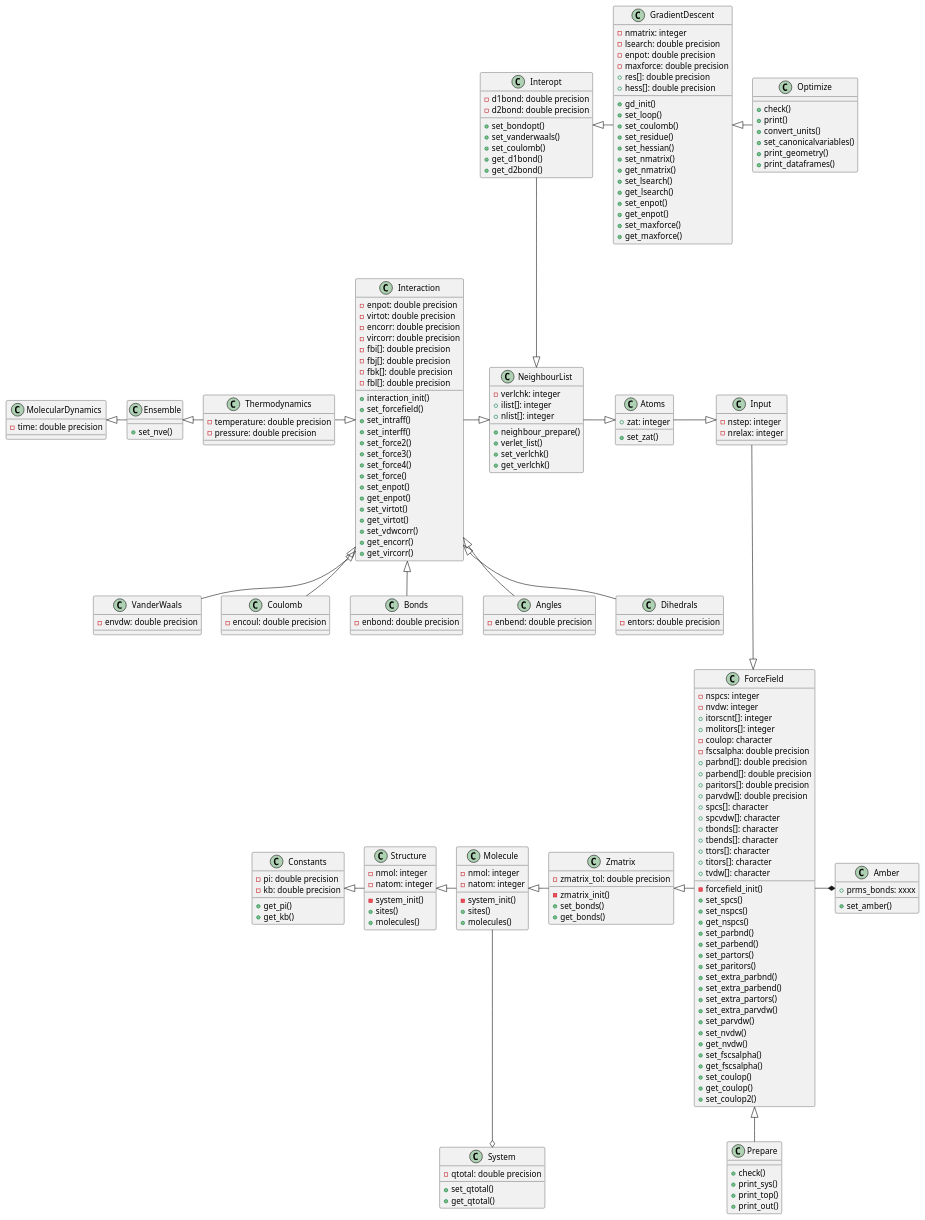
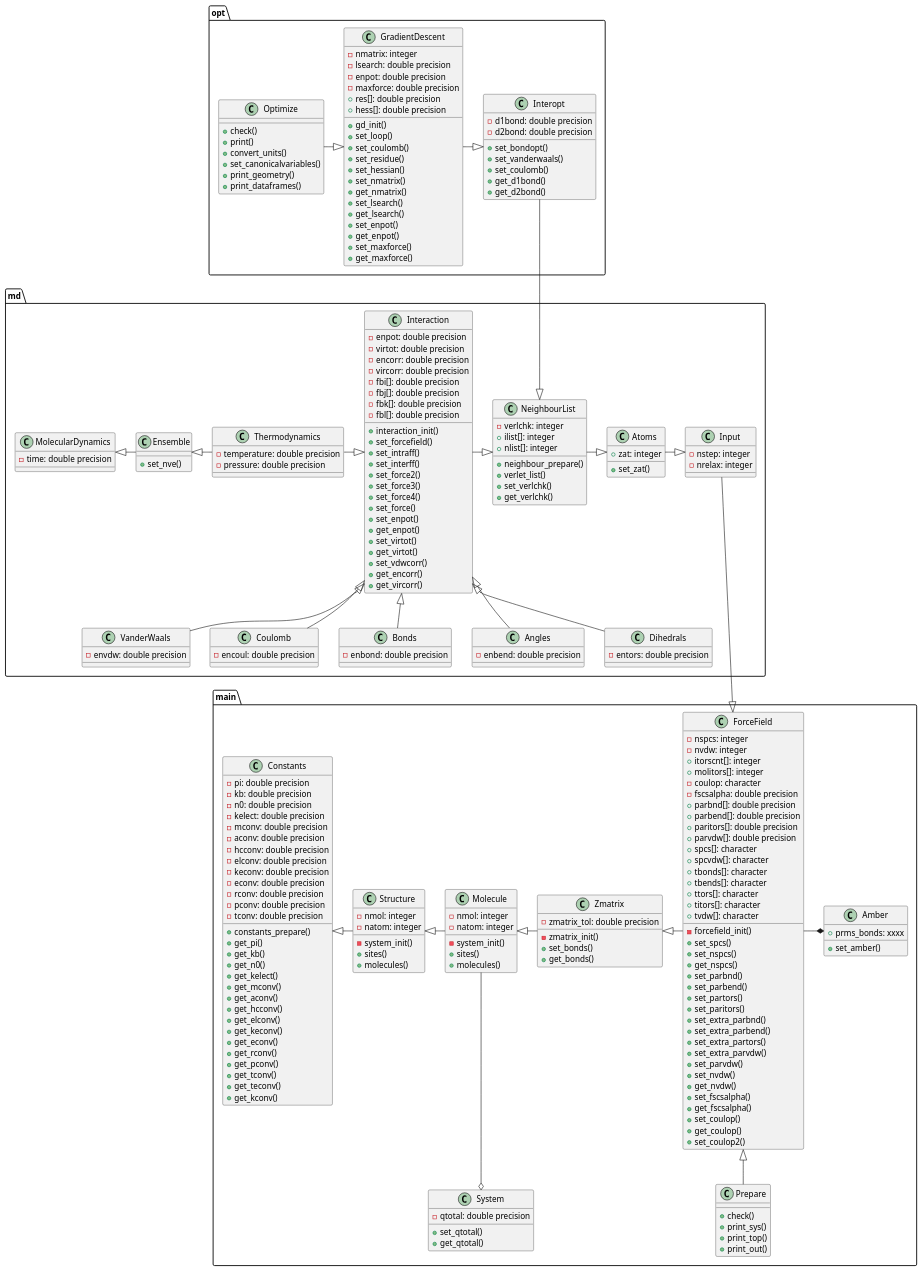
One commit to flavianowilliams/HICOLM3 changed the diagram in docs/diagrama_de_fase.puml. Above: the diagram before and after it, drawn with PlantUML.

```diff
--- a/docs/diagrama_de_fase.puml
+++ b/docs/diagrama_de_fase.puml
@@ -1,9 +1,35 @@
 @startuml
+package main{
 class Constants{
     - pi: double precision
     - kb: double precision
+    - n0: double precision
+    - kelect: double precision
+    - mconv: double precision
+    - aconv: double precision
+    - hcconv: double precision
+    - elconv: double precision
+    - keconv: double precision
+    - econv: double precision
+    - rconv: double precision
+    - pconv: double precision
+    - tconv: double precision
+    + constants_prepare()
     + get_pi()
     + get_kb()
+    + get_n0()
+    + get_kelect()
+    + get_mconv()
+    + get_aconv()
+    + get_hcconv()
+    + get_elconv()
+    + get_keconv()
+    + get_econv()
+    + get_rconv()
+    + get_pconv()
+    + get_tconv()
+    + get_teconv()
+    + get_kconv()
 }
 class Structure{
     - nmol: integer
@@ -86,6 +112,9 @@
     + print_out()
 }
 ForceField <|-- Prepare
+}
+' Fim do pacote main
+package md {
 class Input{
     - nstep: integer
     - nrelax: integer
@@ -165,9 +194,8 @@
     - time: double precision   
 }
 MolecularDynamics <|- Ensemble
-'
-' classes de otimizacao
-'
+}
+package opt {
 class Interopt{
     - d1bond: double precision
     - d2bond: double precision
@@ -199,7 +227,7 @@
     + set_maxforce()
     + get_maxforce()
 }
-Interopt <|- GradientDescent
+GradientDescent -|> Interopt
 class Optimize{
     + check()
     + print()
@@ -208,5 +236,6 @@
     + print_geometry()
     + print_dataframes()
 }
-GradientDescent <|- Optimize
+Optimize -|> GradientDescent
+}
 @enduml
```
